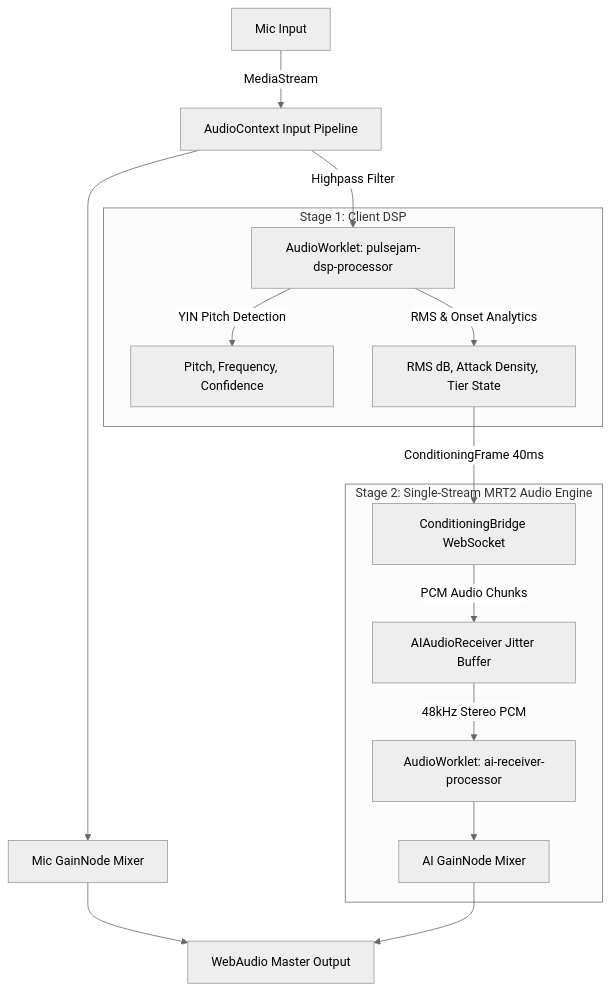
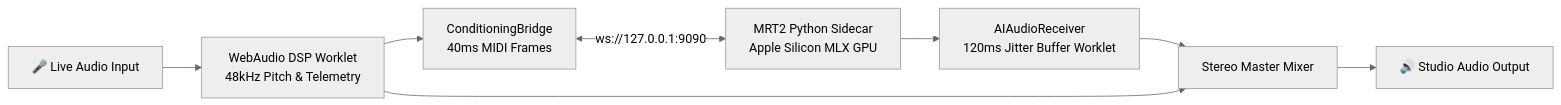
One commit to aaronnguyen26/pulsejam changed the diagram in README.md. Above: the diagram before and after it, drawn with Mermaid (neutral theme). The commit also changed other lines of this file and 1 other file, not shown here.

Commit message:
docs: streamline README with authentic Stitch studio visual and concise architecture overview

````diff
--- a/README.md
+++ b/README.md
@@ -16,22 +13,10 @@
 ```mermaid
-flowchart TD
-    Mic[Mic Input] -->|MediaStream| WebAudio[AudioContext Input Pipeline]
-    WebAudio -->|Highpass Filter| DSPWorklet[AudioWorklet: pulsejam-dsp-processor]
-    
-    subgraph Stage1["Stage 1: Client DSP"]
-        DSPWorklet -->|YIN Pitch Detection| Pitch[Pitch, Frequency, Confidence]
-        DSPWorklet -->|RMS & Onset Analytics| Telemetry[RMS dB, Attack Density, Tier State]
-    end
-
-    Telemetry -->|ConditioningFrame 40ms| ConditioningBridge[ConditioningBridge WebSocket]
-    
-    subgraph Stage2["Stage 2: Single-Stream MRT2 Audio Engine"]
-        ConditioningBridge -->|PCM Audio Chunks| AIAudioReceiver[AIAudioReceiver Jitter Buffer]
-        AIAudioReceiver -->|48kHz Stereo PCM| AIWorklet[AudioWorklet: ai-receiver-processor]
-        AIWorklet --> AIMixer[AI GainNode Mixer]
-    end
-
-    WebAudio --> MicMixer[Mic GainNode Mixer]
-    MicMixer --> Master[WebAudio Master Output]
-    AIMixer --> Master
+flowchart LR
+    Mic[🎤 Live Audio Input] --> WebAudio[WebAudio DSP Worklet\n48kHz Pitch & Telemetry]
+    WebAudio --> Bridge[ConditioningBridge\n40ms MIDI Frames]
+    Bridge <-->|ws://127.0.0.1:9090| Sidecar[MRT2 Python Sidecar\nApple Silicon MLX GPU]
+    Sidecar --> Receiver[AIAudioReceiver\n120ms Jitter Buffer Worklet]
+    Receiver --> Mixer[Stereo Master Mixer]
+    WebAudio --> Mixer
+    Mixer --> Output[🔊 Studio Audio Output]
 ```
````
